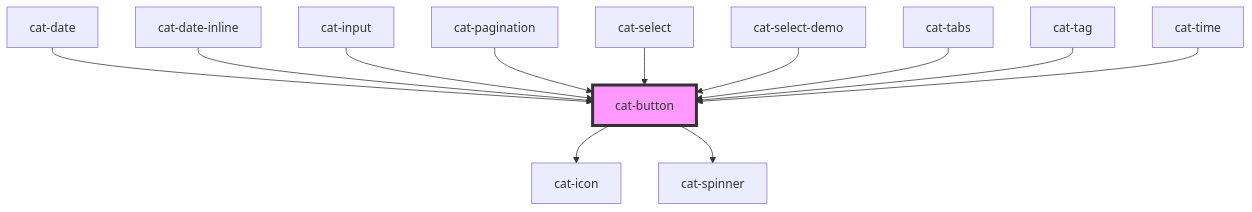
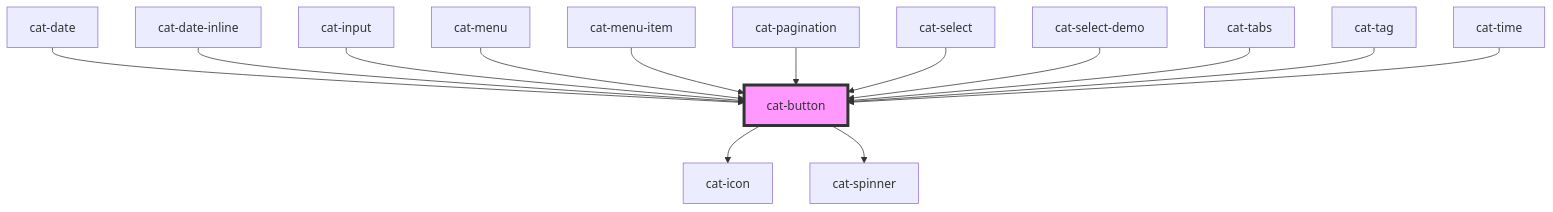
The diagram in core/src/components/cat-button/readme.md (haiilo/catalyst), drawn with Mermaid before and after one commit. The commit also changed other lines of this file and 17 other files, not shown here.

Commit message:
feat(core)!: cat-menu and make a focus trap in dropdown configurable

````diff
--- a/core/src/components/cat-button/readme.md
+++ b/core/src/components/cat-button/readme.md
@@ -120,15 +122,17 @@
 ```mermaid
 graph TD;
   cat-button --> cat-icon
   cat-button --> cat-spinner
   cat-date --> cat-button
   cat-date-inline --> cat-button
   cat-input --> cat-button
+  cat-menu --> cat-button
+  cat-menu-item --> cat-button
   cat-pagination --> cat-button
   cat-select --> cat-button
   cat-select-demo --> cat-button
   cat-tabs --> cat-button
   cat-tag --> cat-button
   cat-time --> cat-button
   style cat-button fill:#f9f,stroke:#333,stroke-width:4px
 ```
````
